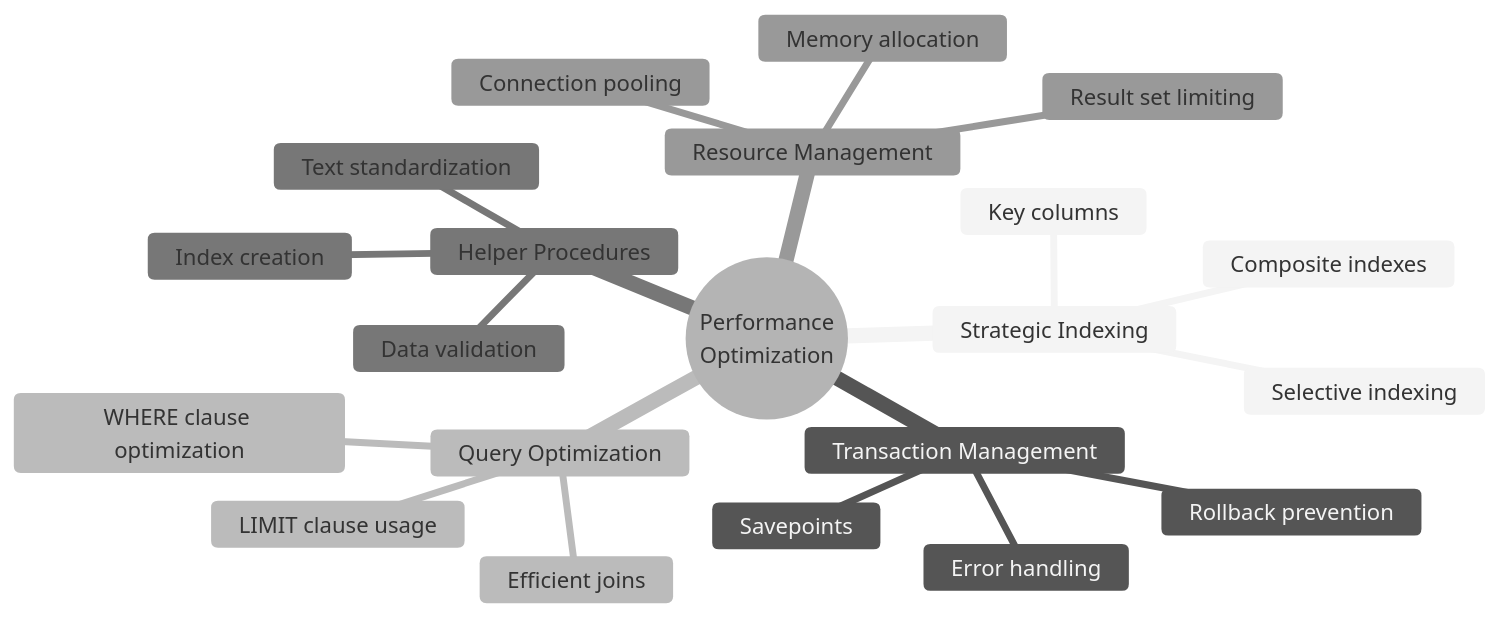
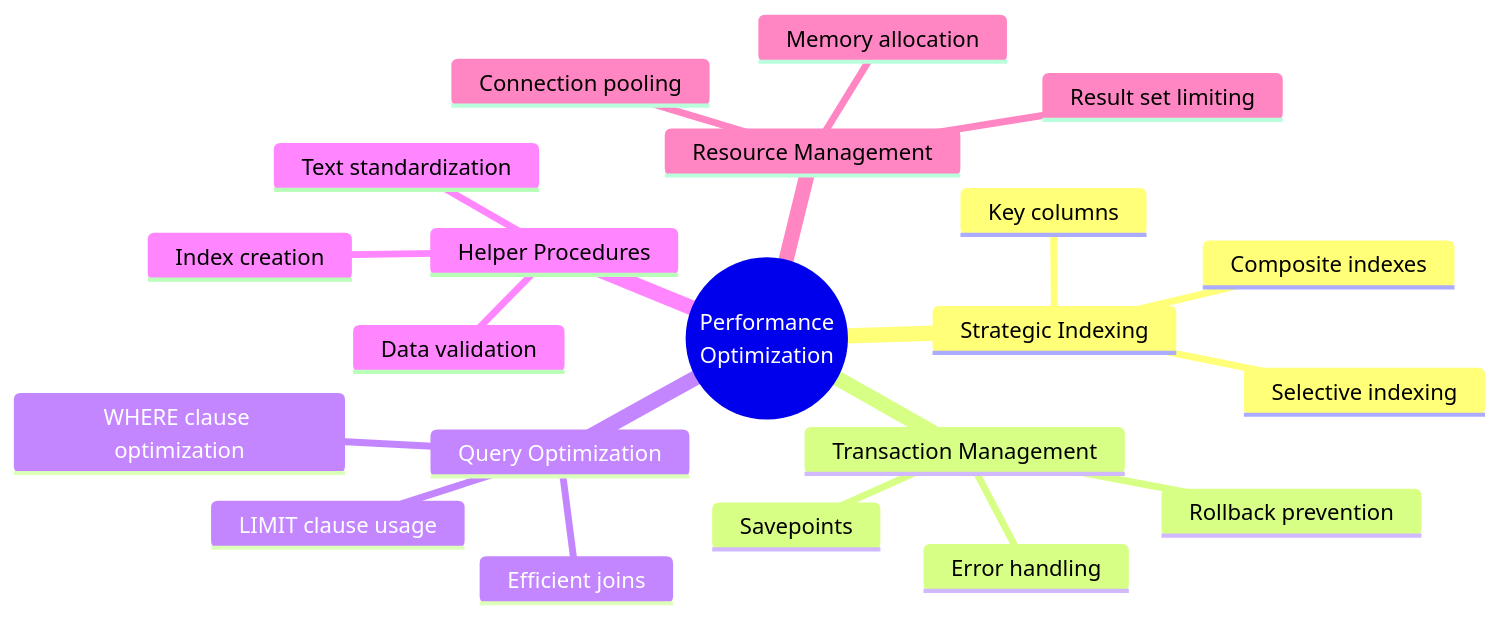
Diagram 13 of 14 in us-household-income-analysis/README.md (tzolkowski96/tzolkowski96), drawn with Mermaid before and after one commit. The commit also changed other lines of this file, not shown here.

````diff
--- a/us-household-income-analysis/README.md
+++ b/us-household-income-analysis/README.md
@@ -899,30 +897,24 @@
 ```mermaid
-%%{init: {'theme': 'neutral' }}%%
 mindmap
   root((Performance<br>Optimization))
     Strategic Indexing
-      ::icon(fas fa-database)
       Key columns
       Composite indexes
       Selective indexing
     Transaction Management
-      ::icon(fas fa-exchange-alt)
       Savepoints
       Error handling
       Rollback prevention
     Query Optimization
-      ::icon(fas fa-bolt)
       Efficient joins
       WHERE clause optimization
       LIMIT clause usage
     Helper Procedures
-      ::icon(fas fa-tools)
       Text standardization
       Index creation
       Data validation
     Resource Management
-      ::icon(fas fa-tachometer-alt)
       Result set limiting
       Memory allocation
       Connection pooling
 ```
````
